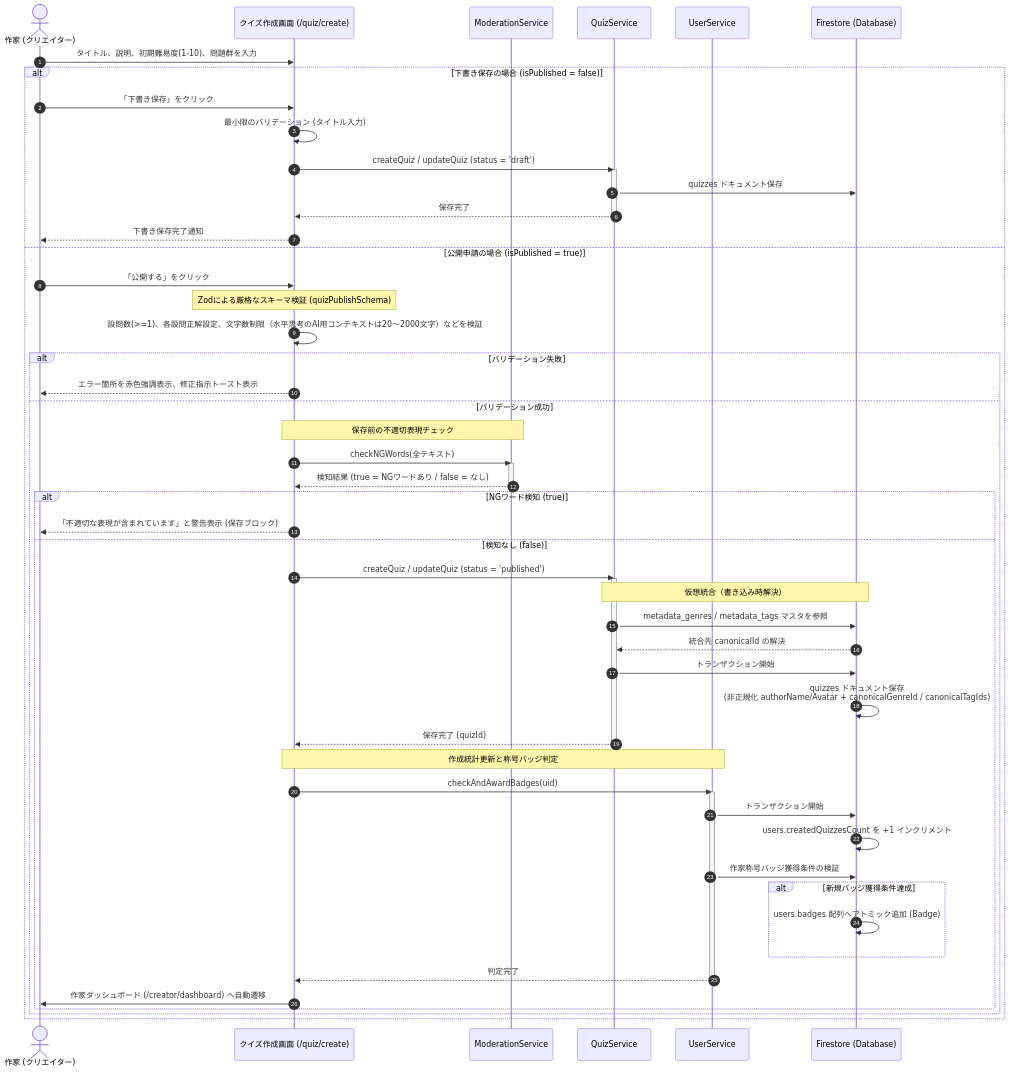
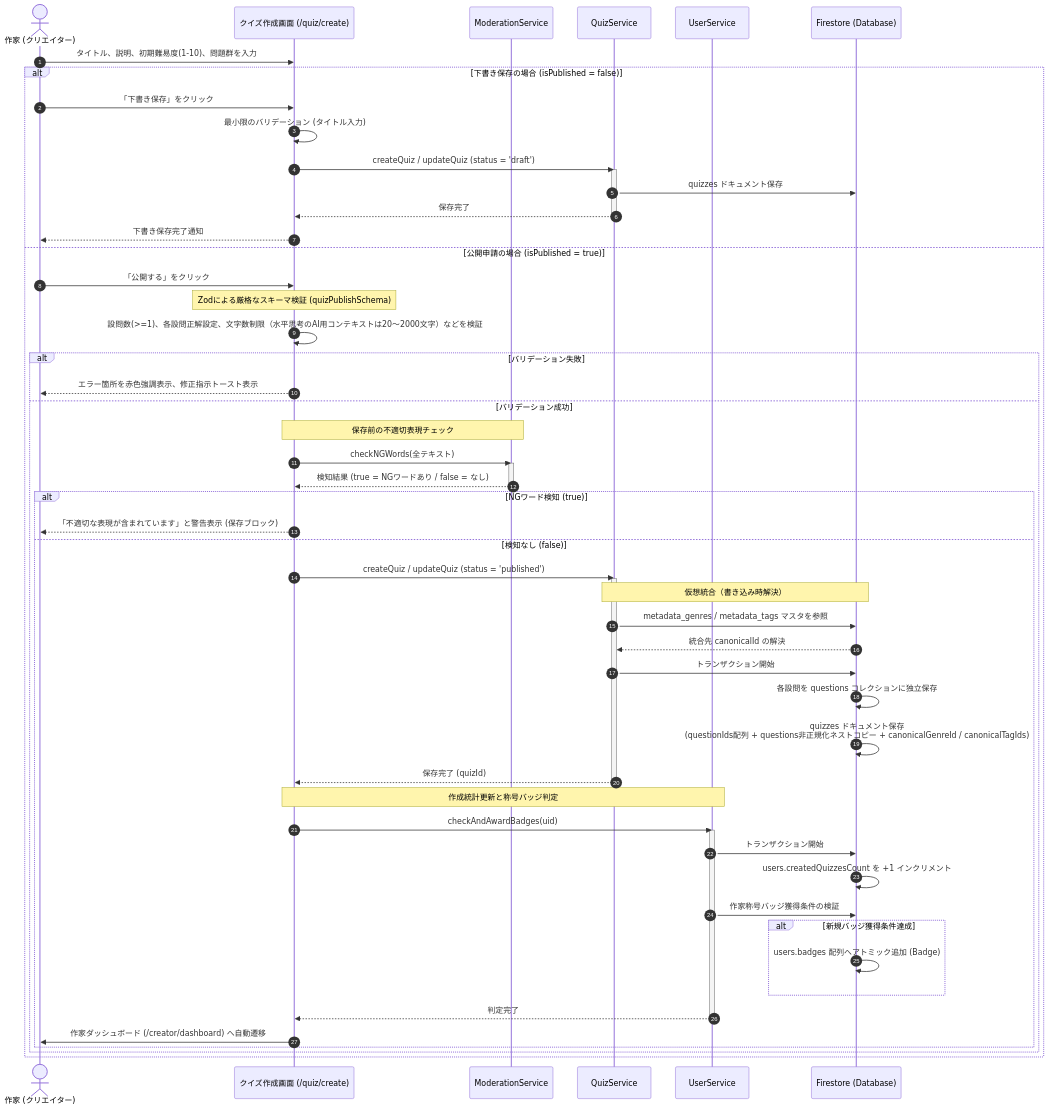
Before and after one commit to npressoworks/quizetika: the second of 8 diagrams in docs/detailed_design.md, drawn with Mermaid. The commit also changed other lines of this file and 4 other files, not shown here.

````diff
--- a/docs/detailed_design.md
+++ b/docs/detailed_design.md
@@ -89,66 +89,67 @@
 ```mermaid
 sequenceDiagram
     autonumber
     actor Creator as 作家 (クリエイター)
     participant QC as クイズ作成画面 (/quiz/create)
     participant MS as ModerationService
     participant QS as QuizService
     participant US as UserService
     participant DB as Firestore (Database)
 
     Creator->>QC: タイトル、説明、初期難易度(1-10)、問題群を入力
     
     alt 下書き保存の場合 (isPublished = false)
         Creator->>QC: 「下書き保存」をクリック
         QC->>QC: 最小限のバリデーション (タイトル入力)
         QC->>QS: createQuiz / updateQuiz (status = 'draft')
         activate QS
         QS->>DB: quizzes ドキュメント保存
         QS-->>QC: 保存完了
         deactivate QS
         QC-->>Creator: 下書き保存完了通知
         
     else 公開申請の場合 (isPublished = true)
         Creator->>QC: 「公開する」をクリック
         Note over QC: Zodによる厳格なスキーマ検証 (quizPublishSchema)
         QC->>QC: 設問数(>=1)、各設問正解設定、文字数制限（水平思考のAI用コンテキストは20〜2000文字）などを検証
         
         alt バリデーション失敗
             QC-->>Creator: エラー箇所を赤色強調表示、修正指示トースト表示
         else バリデーション成功
             Note over QC, MS: 保存前の不適切表現チェック
             QC->>MS: checkNGWords(全テキスト)
             activate MS
             MS-->>QC: 検知結果 (true = NGワードあり / false = なし)
             deactivate MS
             
             alt NGワード検知 (true)
                 QC-->>Creator: 「不適切な表現が含まれています」と警告表示 (保存ブロック)
             else 検知なし (false)
                 QC->>QS: createQuiz / updateQuiz (status = 'published')
                 activate QS
                 Note over QS, DB: 仮想統合（書き込み時解決）
                 QS->>DB: metadata_genres / metadata_tags マスタを参照
                 DB-->>QS: 統合先 canonicalId の解決
                 QS->>DB: トランザクション開始
-                DB->>DB: quizzes ドキュメント保存<br>(非正規化 authorName/Avatar + canonicalGenreId / canonicalTagIds)
+                DB->>DB: 各設問を questions コレクションに独立保存
+                DB->>DB: quizzes ドキュメント保存<br>(questionIds配列 + questions非正規化ネストコピー + canonicalGenreId / canonicalTagIds)
                 QS-->>QC: 保存完了 (quizId)
                 deactivate QS
                 
                 Note over QC, US: 作成統計更新と称号バッジ判定
                 QC->>US: checkAndAwardBadges(uid)
                 activate US
                 US->>DB: トランザクション開始
                 DB->>DB: users.createdQuizzesCount を +1 インクリメント
                 US->>DB: 作家称号バッジ獲得条件の検証
                 alt 新規バッジ獲得条件達成
                     DB->>DB: users.badges 配列へアトミック追加 (Badge)
                 end
                 US-->>QC: 判定完了
                 deactivate US
                 
                 QC->>Creator: 作家ダッシュボード (/creator/dashboard) へ自動遷移
             end
         end
     end
 ```
````
